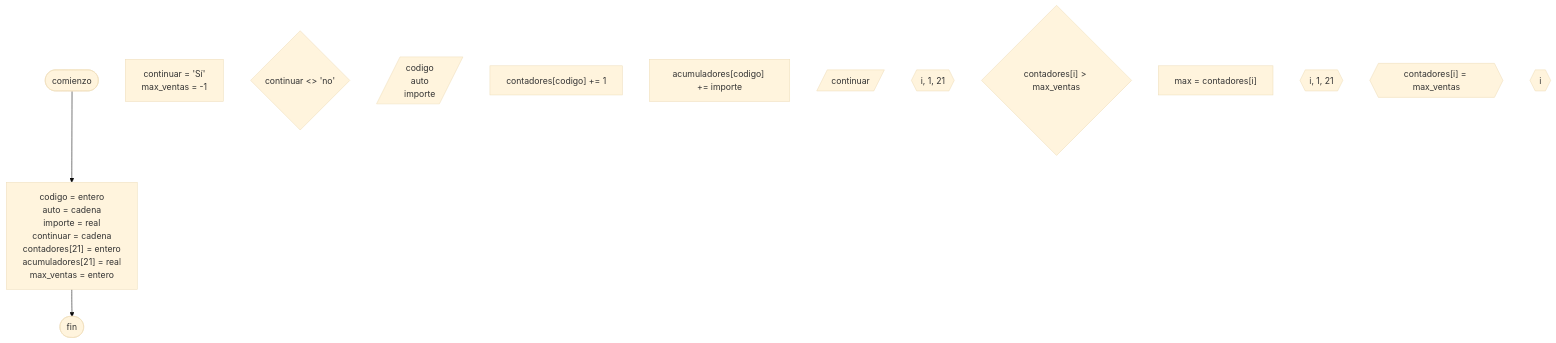
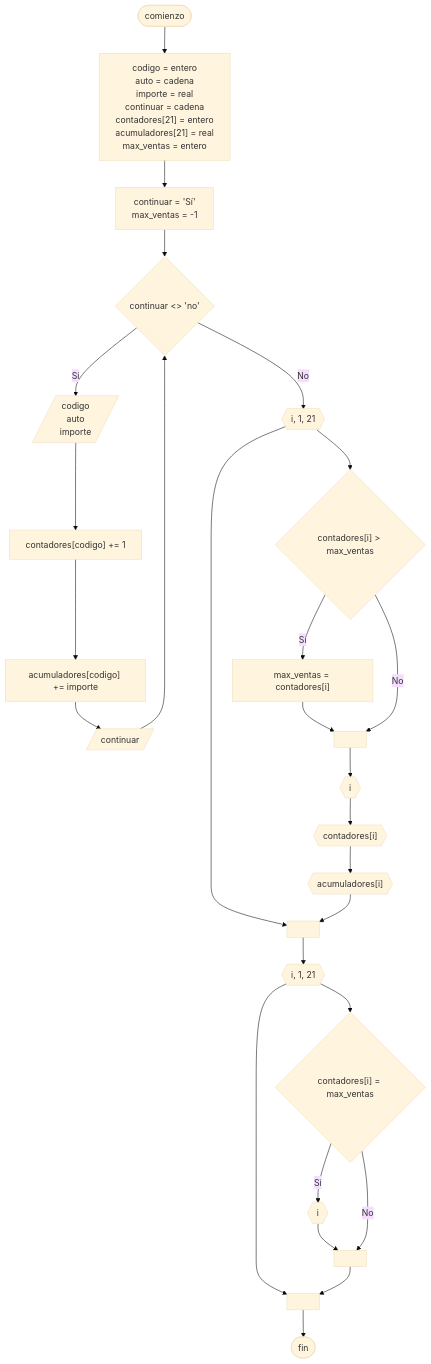
Before and after one commit to martinstanicio/ingenieria-en-sistemas: the diagram in Algoritmos y Estructuras de Datos/Actividades/20240823 - Vector contador y acumulador.md, drawn with Mermaid (base theme). The commit also changed 3 other files, not shown here.

````diff
--- a/Algoritmos y Estructuras de Datos/Actividades/20240823 - Vector contador y acumulador.md
+++ b/Algoritmos y Estructuras de Datos/Actividades/20240823 - Vector contador y acumulador.md
@@ -25,34 +25,54 @@
 ```mermaid
 flowchart TB
 	comienzo([comienzo])
     
 	variables["`codigo = entero
 	auto = cadena
 	importe = real
 	continuar = cadena
 	contadores[21] = entero
 	acumuladores[21] = real
 	max_ventas = entero`"]
 	
 	init["`continuar = 'Sí'
 	max_ventas = -1`"]
 	while{"continuar <> 'no'"}
 	input[/"`codigo
 	auto
 	importe`"/]
 	contador["contadores[codigo] += 1"]
 	acumulador["acumuladores[codigo] += importe"]
 	continuar[/"continuar"/]
 	
 	for1{{"i, 1, 21"}}
 	if1{"contadores[i] > max_ventas"}
-	if_yes["max = contadores[i]"]
+	max["max_ventas = contadores[i]"]
+	vendedor{{"i"}}
+	ventas{{"contadores[i]"}}
+	total{{"acumuladores[i]"}}
 	
 	for2{{"i, 1, 21"}}
-	if2{{"contadores[i] = max_ventas"}}
+	if2{"contadores[i] = max_ventas"}
 	mostrar{{"i"}}
     
     fin([fin])
     
-	comienzo --> variables --> fin
+    a[" "]
+    b[" "]
+    c[" "]
+    d[" "]
+    
+	comienzo --> variables --> init --> while
+	while -- "Sí" --> input --> contador --> acumulador --> continuar --> while
+	while -- "No" --> for1
+	for1 --> if1
+	for1 --> a
+	if1 -- "Sí" --> max --> b
+	if1 -- "No" --> b
+	b --> vendedor --> ventas --> total --> a --> for2
+	for2 --> if2
+	for2 --> d
+	if2 -- "Sí" --> mostrar --> c
+	if2 -- "No" --> c
+	c --> d --> fin
 ```
````
